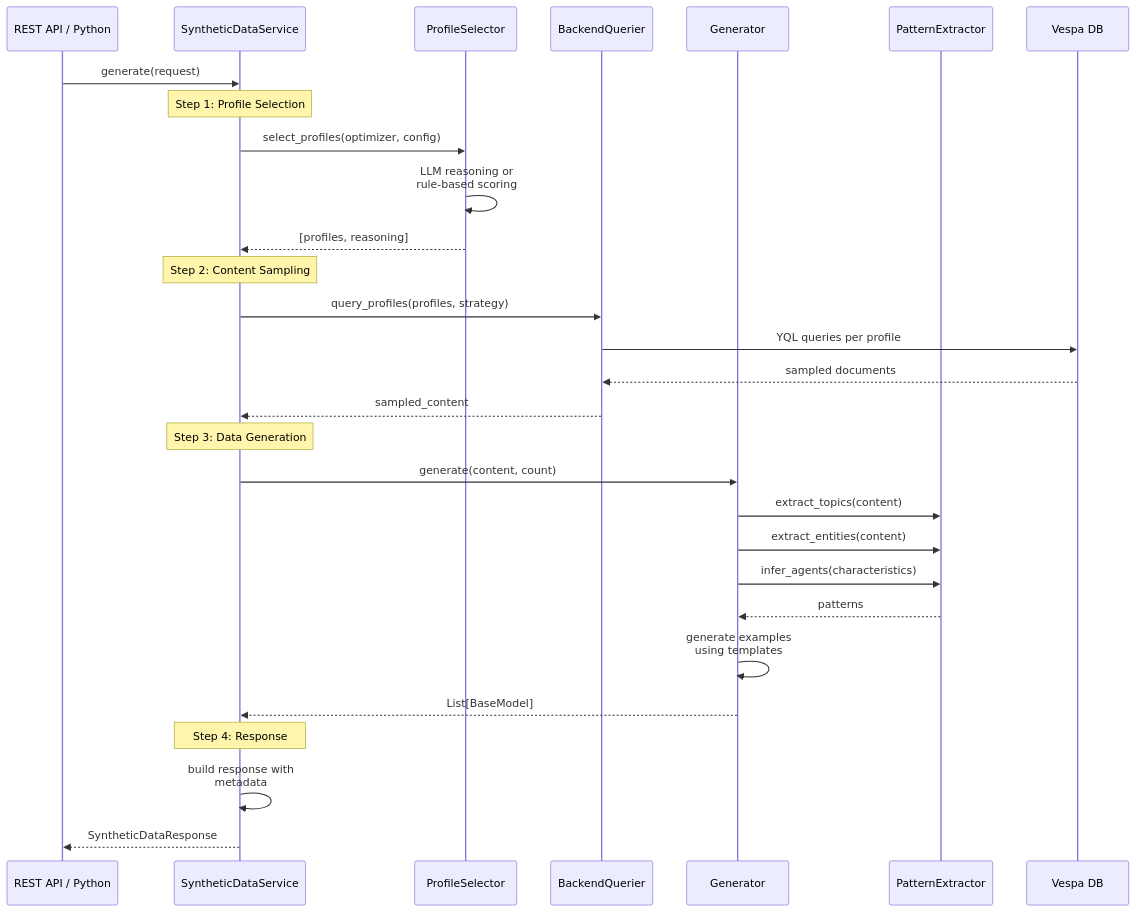
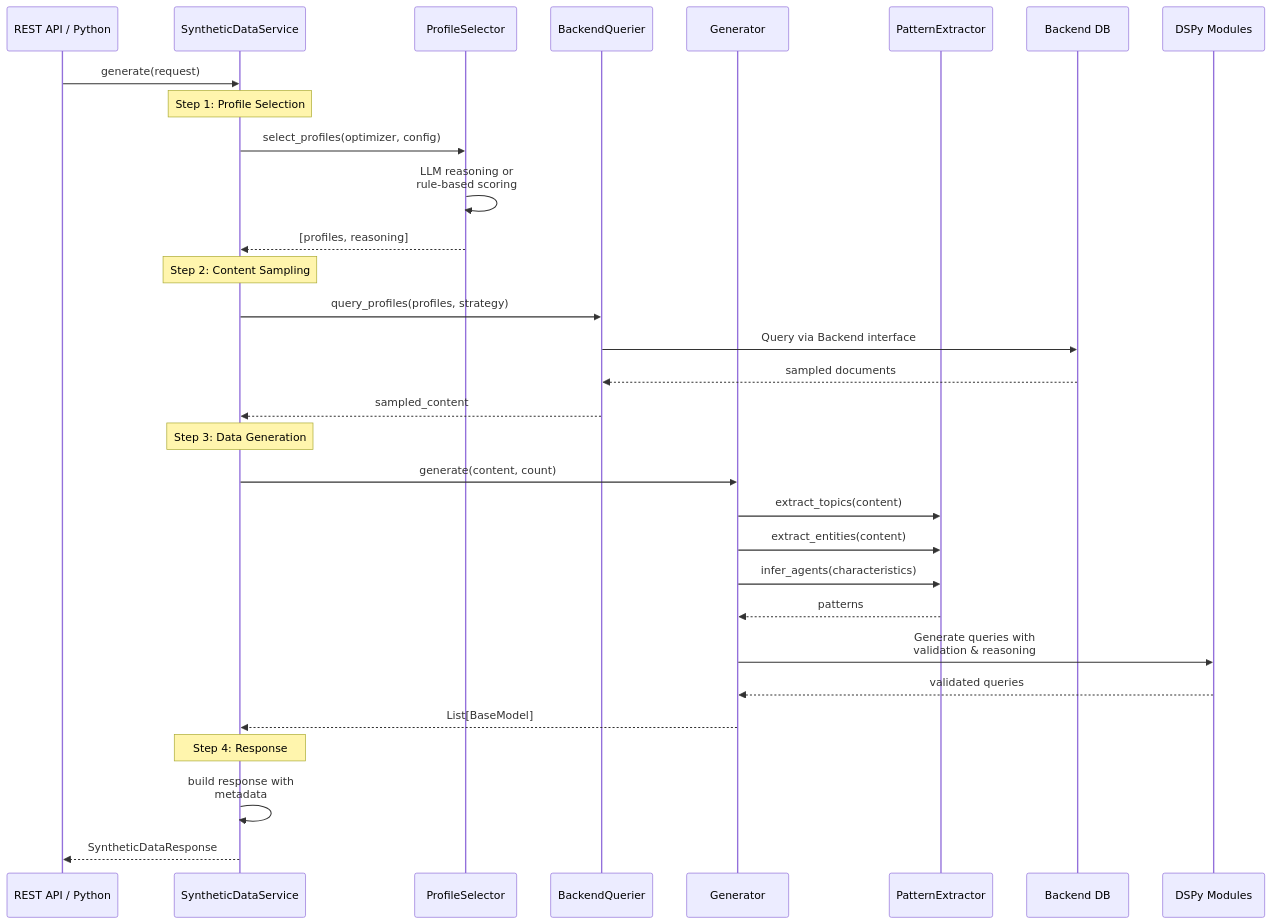
The second of 2 diagrams in docs/synthetic-data-generation.md (amit-jain/cogniverse), drawn with Mermaid before and after one commit. The commit also changed other lines of this file and 18 other files, not shown here.

First line of the commit message:
Refactor synthetic data generation to use DSPy modules

````diff
--- a/docs/synthetic-data-generation.md
+++ b/docs/synthetic-data-generation.md
@@ -74,36 +74,38 @@
 ```mermaid
 sequenceDiagram
     participant API as REST API / Python
     participant Service as SyntheticDataService
     participant PS as ProfileSelector
     participant BQ as BackendQuerier
     participant Gen as Generator
     participant Utils as PatternExtractor
-    participant Vespa as Vespa DB
+    participant Backend as Backend DB
+    participant DSPy as DSPy Modules
 
     API->>Service: generate(request)
 
     Note over Service: Step 1: Profile Selection
     Service->>PS: select_profiles(optimizer, config)
     PS->>PS: LLM reasoning or<br/>rule-based scoring
     PS-->>Service: [profiles, reasoning]
 
     Note over Service: Step 2: Content Sampling
     Service->>BQ: query_profiles(profiles, strategy)
-    BQ->>Vespa: YQL queries per profile
-    Vespa-->>BQ: sampled documents
+    BQ->>Backend: Query via Backend interface
+    Backend-->>BQ: sampled documents
     BQ-->>Service: sampled_content
 
     Note over Service: Step 3: Data Generation
     Service->>Gen: generate(content, count)
     Gen->>Utils: extract_topics(content)
     Gen->>Utils: extract_entities(content)
     Gen->>Utils: infer_agents(characteristics)
     Utils-->>Gen: patterns
-    Gen->>Gen: generate examples<br/>using templates
+    Gen->>DSPy: Generate queries with<br/>validation & reasoning
+    DSPy-->>Gen: validated queries
     Gen-->>Service: List[BaseModel]
 
     Note over Service: Step 4: Response
     Service->>Service: build response with<br/>metadata
     Service-->>API: SyntheticDataResponse
 ```
````
